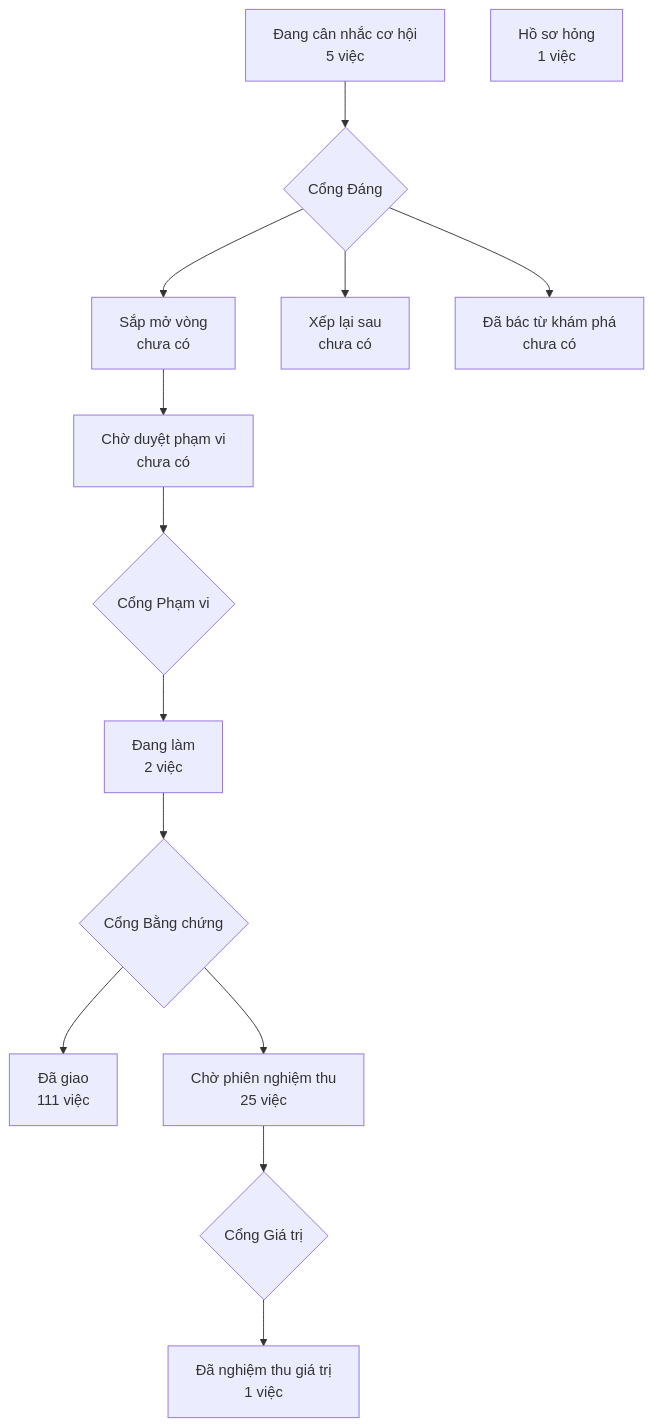
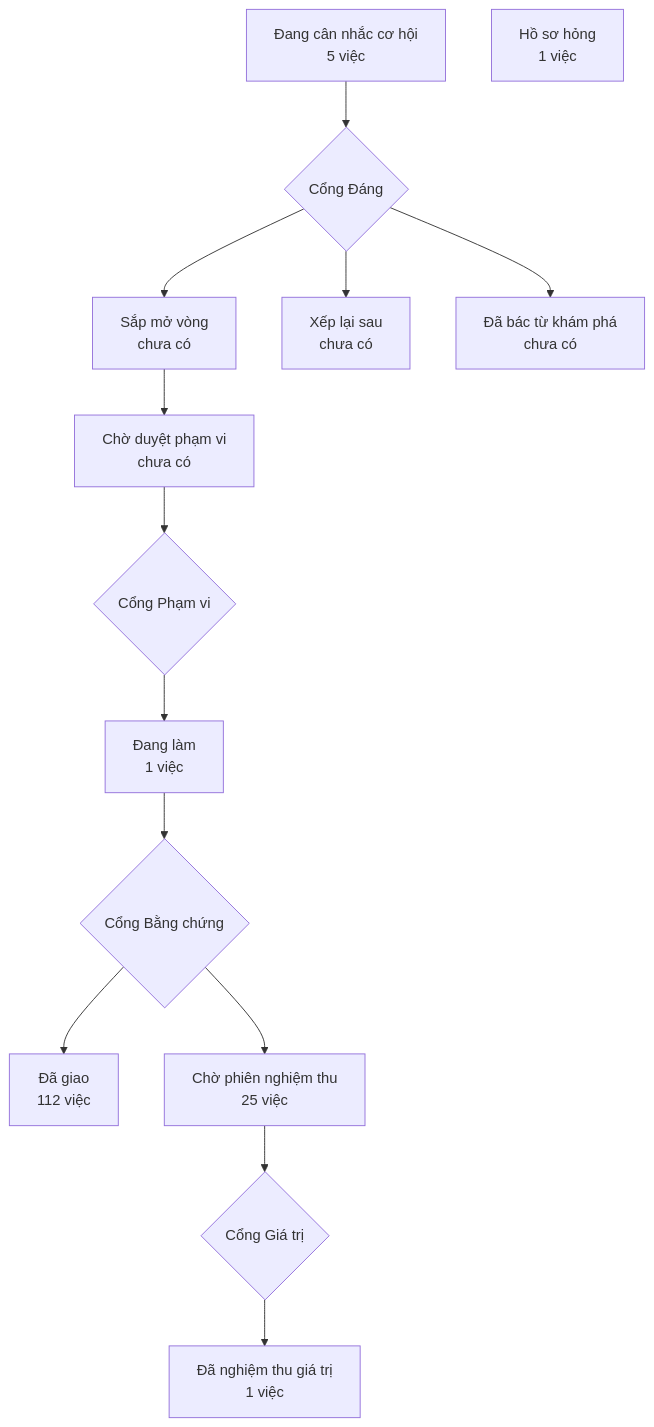
Before and after one commit to phanlemanh/crm-onehub: the diagram in PRODUCT-MAP.md, drawn with Mermaid. The commit also changed 3 other files, not shown here.

````diff
--- a/PRODUCT-MAP.md
+++ b/PRODUCT-MAP.md
@@ -6,13 +6,13 @@
 ```mermaid
 flowchart TD
   A["Đang cân nhắc cơ hội<br/>5 việc"] --> GD{"Cổng Đáng"}
   GD --> B["Sắp mở vòng<br/>chưa có"]
   GD --> XL["Xếp lại sau<br/>chưa có"]
   GD --> DB["Đã bác từ khám phá<br/>chưa có"]
   B --> CD["Chờ duyệt phạm vi<br/>chưa có"] --> GP{"Cổng Phạm vi"}
-  GP --> DL["Đang làm<br/>2 việc"] --> GB{"Cổng Bằng chứng"}
-  GB --> DG["Đã giao<br/>111 việc"]
+  GP --> DL["Đang làm<br/>1 việc"] --> GB{"Cổng Bằng chứng"}
+  GB --> DG["Đã giao<br/>112 việc"]
   GB --> CN["Chờ phiên nghiệm thu<br/>25 việc"] --> GG{"Cổng Giá trị"}
   GG --> NT["Đã nghiệm thu giá trị<br/>1 việc"]
   HS["Hồ sơ hỏng<br/>1 việc"]
 ```
````
